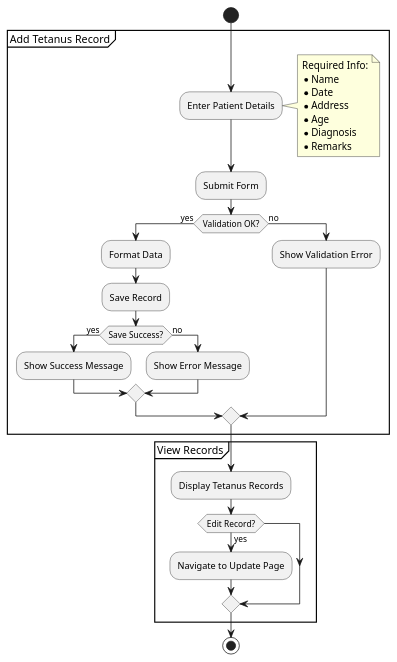
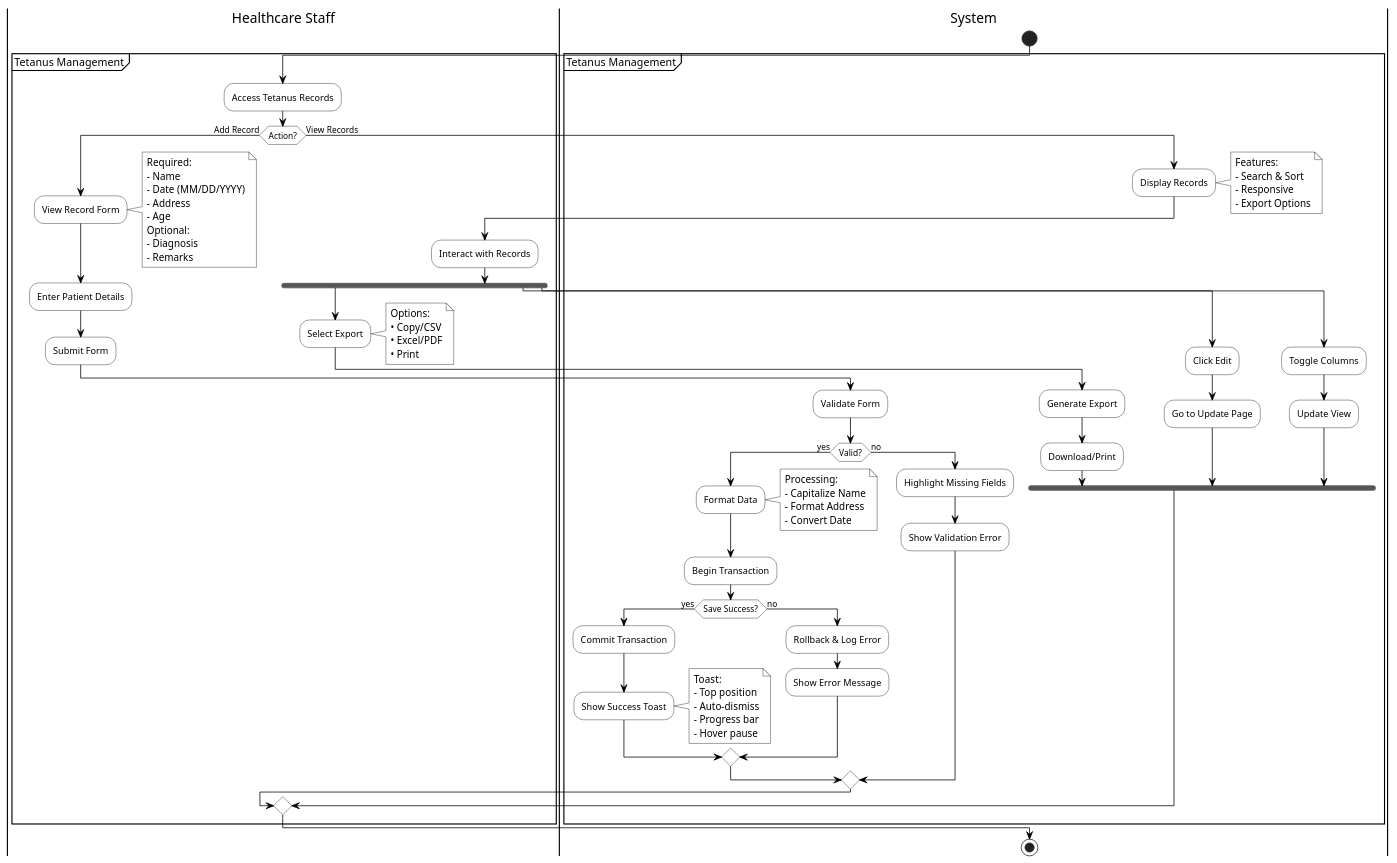
The diagram in dist/diagrams/Activity_Diagrams/tetanus_toxoid.activity.puml (KuroKage-001/Mamatid_MedClinic), drawn with PlantUML before and after one commit. The commit also changed 17 other files, not shown here.

```diff
--- a/dist/diagrams/Activity_Diagrams/tetanus_toxoid.activity.puml
+++ b/dist/diagrams/Activity_Diagrams/tetanus_toxoid.activity.puml
@@ -1,40 +1,108 @@
 @startuml Tetanus Toxoid Activity
+skinparam monochrome true
+skinparam shadowing false
+skinparam ActivityBackgroundColor white
+skinparam ActivityBorderColor black
+skinparam ArrowColor black
+skinparam NoteBackgroundColor white
+skinparam NoteBorderColor black
+
+|Healthcare Staff|
+|System|
 
 start
 
-partition "Add Tetanus Record" {
-  :Enter Patient Details;
-  note right
-    Required Info:
-    * Name
-    * Date
-    * Address
-    * Age
-    * Diagnosis
-    * Remarks
-  end note
-  :Submit Form;
+partition "Tetanus Management" {
+  |Healthcare Staff|
+  :Access Tetanus Records;
   
-  if (Validation OK?) then (yes)
-    :Format Data;
-    :Save Record;
-    if (Save Success?) then (yes)
-      :Show Success Message;
+  if (Action?) then (Add Record)
+    :View Record Form;
+    note right
+      Required:
+      - Name
+      - Date (MM/DD/YYYY)
+      - Address
+      - Age
+      Optional:
+      - Diagnosis
+      - Remarks
+    end note
+    
+    :Enter Patient Details;
+    :Submit Form;
+    
+    |System|
+    :Validate Form;
+    
+    if (Valid?) then (yes)
+      :Format Data;
+      note right
+        Processing:
+        - Capitalize Name
+        - Format Address
+        - Convert Date
+      end note
+      
+      :Begin Transaction;
+      
+      if (Save Success?) then (yes)
+        :Commit Transaction;
+        :Show Success Toast;
+        note right
+          Toast:
+          - Top position
+          - Auto-dismiss
+          - Progress bar
+          - Hover pause
+        end note
+      else (no)
+        :Rollback & Log Error;
+        :Show Error Message;
+      endif
+      
     else (no)
-      :Show Error Message;
+      :Highlight Missing Fields;
+      :Show Validation Error;
     endif
-  else (no)
-    :Show Validation Error;
-  endif
-}
-
-partition "View Records" {
-  :Display Tetanus Records;
-  if (Edit Record?) then (yes)
-    :Navigate to Update Page;
+    
+  else (View Records)
+    |System|
+    :Display Records;
+    note right
+      Features:
+      - Search & Sort
+      - Responsive
+      - Export Options
+    end note
+    
+    |Healthcare Staff|
+    :Interact with Records;
+    
+    fork
+      :Select Export;
+      note right
+        Options:
+        • Copy/CSV
+        • Excel/PDF
+        • Print
+      end note
+      
+      |System|
+      :Generate Export;
+      :Download/Print;
+    fork again
+      :Click Edit;
+      |System|
+      :Go to Update Page;
+    fork again
+      :Toggle Columns;
+      |System|
+      :Update View;
+    end fork
   endif
 }
 
 stop
 
 @enduml 
```
